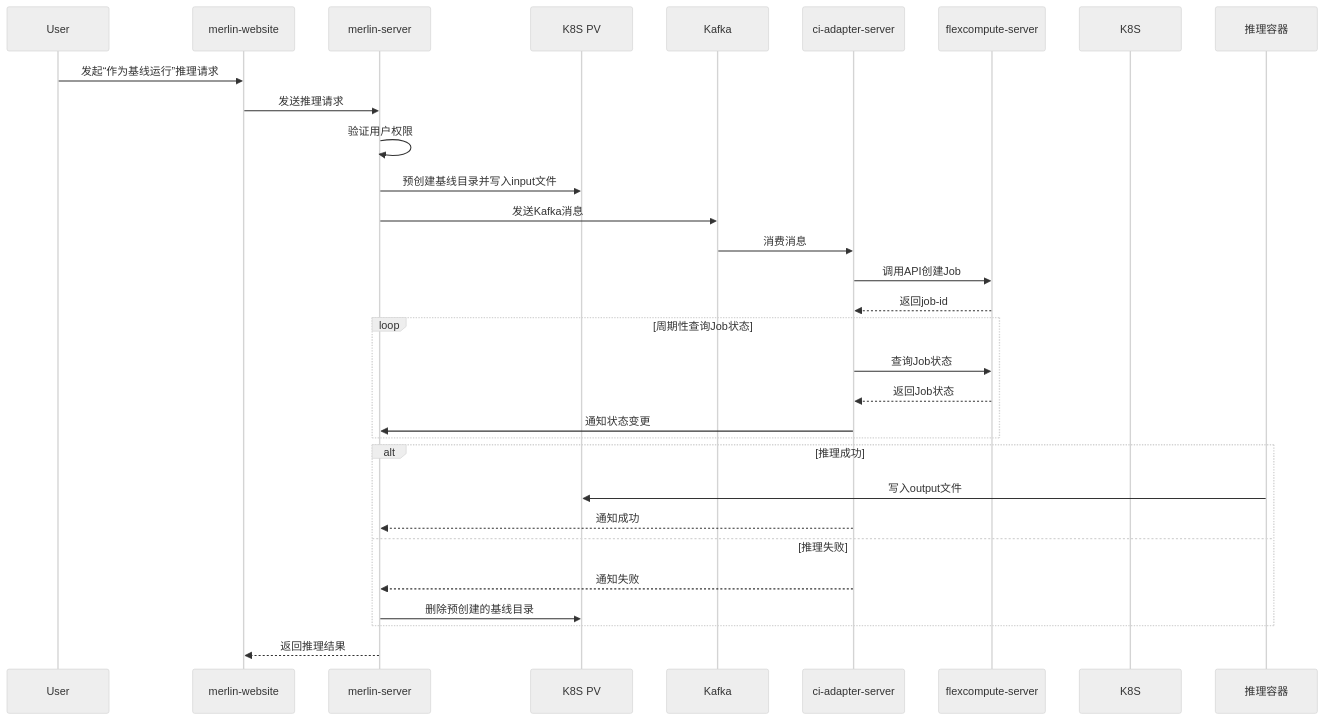
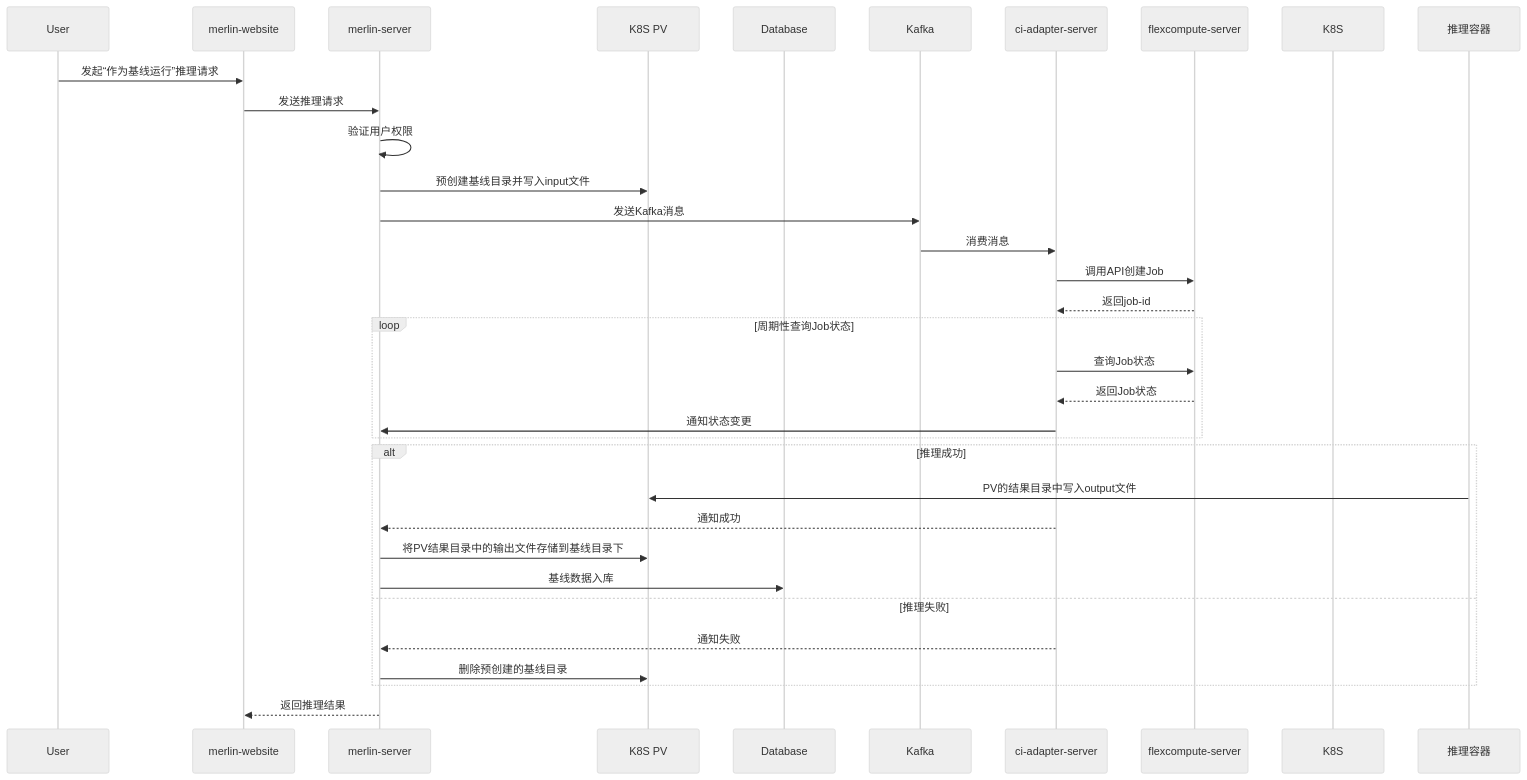
Before and after one commit to pillumina/design-proposal: diagram 11 of 12 in 模型精度性能测试自动化.md, drawn with Mermaid (neutral theme). The commit also changed other lines of this file, not shown here.

````diff
--- a/模型精度性能测试自动化.md
+++ b/模型精度性能测试自动化.md
@@ -1194,34 +1195,37 @@
 ```mermaid
 sequenceDiagram
     participant User
     participant Frontend as merlin-website
     participant Server as merlin-server
     participant Storage as K8S PV
+    participant DB as Database
     participant Kafka
     participant Adapter as ci-adapter-server
     participant Flex as flexcompute-server
     participant K8S
     participant Job as 推理容器
 
     User ->> Frontend: 发起“作为基线运行”推理请求
     Frontend ->> Server: 发送推理请求
     Server ->> Server: 验证用户权限
     Server ->> Storage: 预创建基线目录并写入input文件
     Server ->> Kafka: 发送Kafka消息
     Kafka ->> Adapter: 消费消息
     Adapter ->> Flex: 调用API创建Job
     Flex -->> Adapter: 返回job-id
     loop 周期性查询Job状态
         Adapter ->> Flex: 查询Job状态
         Flex -->> Adapter: 返回Job状态
         Adapter ->> Server: 通知状态变更
     end
     alt 推理成功
-        Job ->> Storage: 写入output文件
+        Job ->> Storage: PV的结果目录中写入output文件
         Adapter -->> Server: 通知成功
+        Server ->> Storage: 将PV结果目录中的输出文件存储到基线目录下
+        Server ->> DB: 基线数据入库
     else 推理失败
         Adapter -->> Server: 通知失败
         Server ->> Storage: 删除预创建的基线目录
     end
     Server -->> Frontend: 返回推理结果
 ```
````
